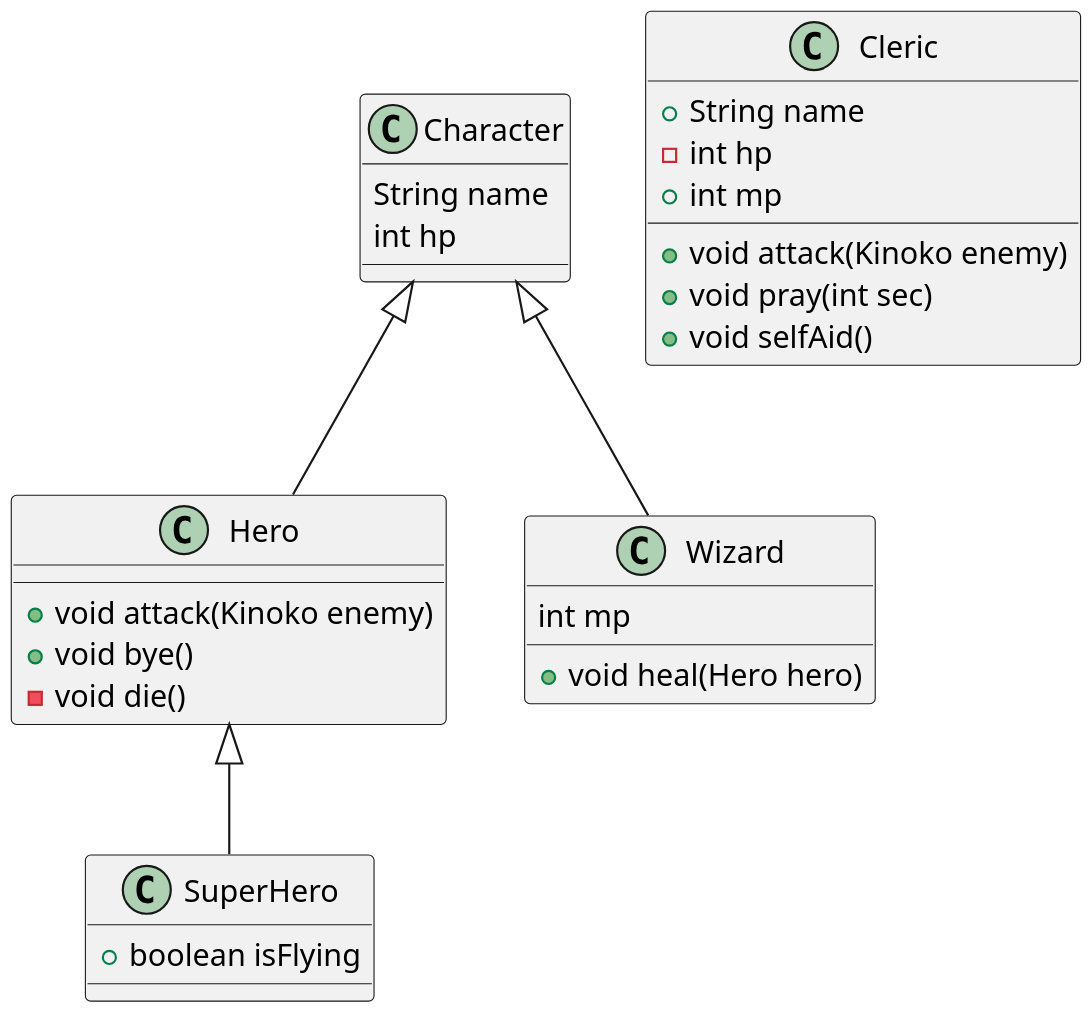
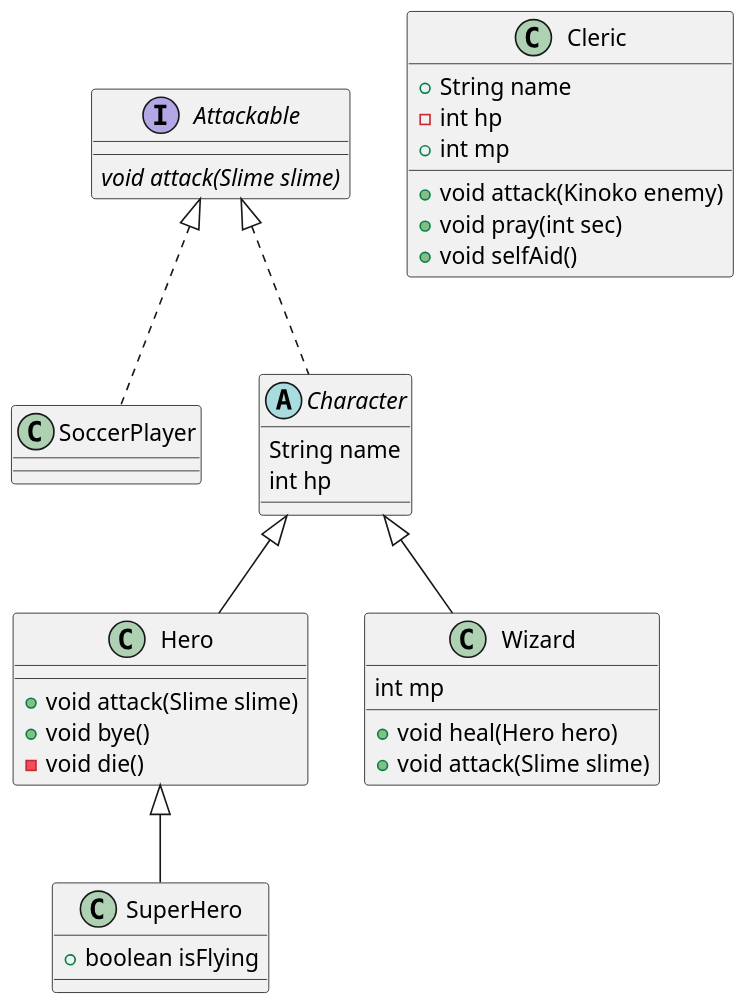
The diagram in src/main/java/com/survivalcoding/game.puml (SurvivalCodingCampus/polytech_java_study), drawn with PlantUML before and after one commit. The commit also changed 8 other files, not shown here.

```diff
--- a/src/main/java/com/survivalcoding/game.puml
+++ b/src/main/java/com/survivalcoding/game.puml
@@ -1,36 +1,44 @@
 @startuml
 'https://plantuml.com/class-diagram
 
-scale 2
+scale 1.5
 
 class SuperHero extends Hero {
     + boolean isFlying
 }
 
-class Character {
+interface Attackable {
+    {abstract} void attack(Slime slime)
+}
+
+class SoccerPlayer implements Attackable {
+}
+
+abstract class Character implements Attackable {
     String name
     int hp
 }
 
 class Wizard extends Character {
     int mp
     + void heal(Hero hero)
+    + void attack(Slime slime)
 }
 
 class Hero extends Character {
-    + void attack(Kinoko enemy)
+    + void attack(Slime slime)
     + void bye()
     - void die()
 }
 
 class Cleric {
     + String name
     - int hp
     + int mp
 
     + void attack(Kinoko enemy)
     + void pray(int sec)
     + void selfAid()
 }
 
 @enduml
```
